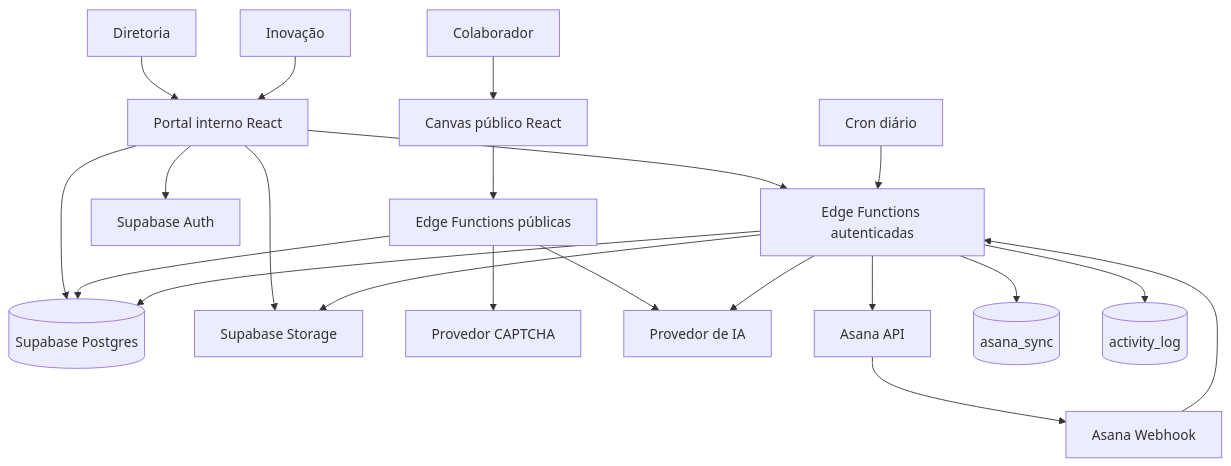
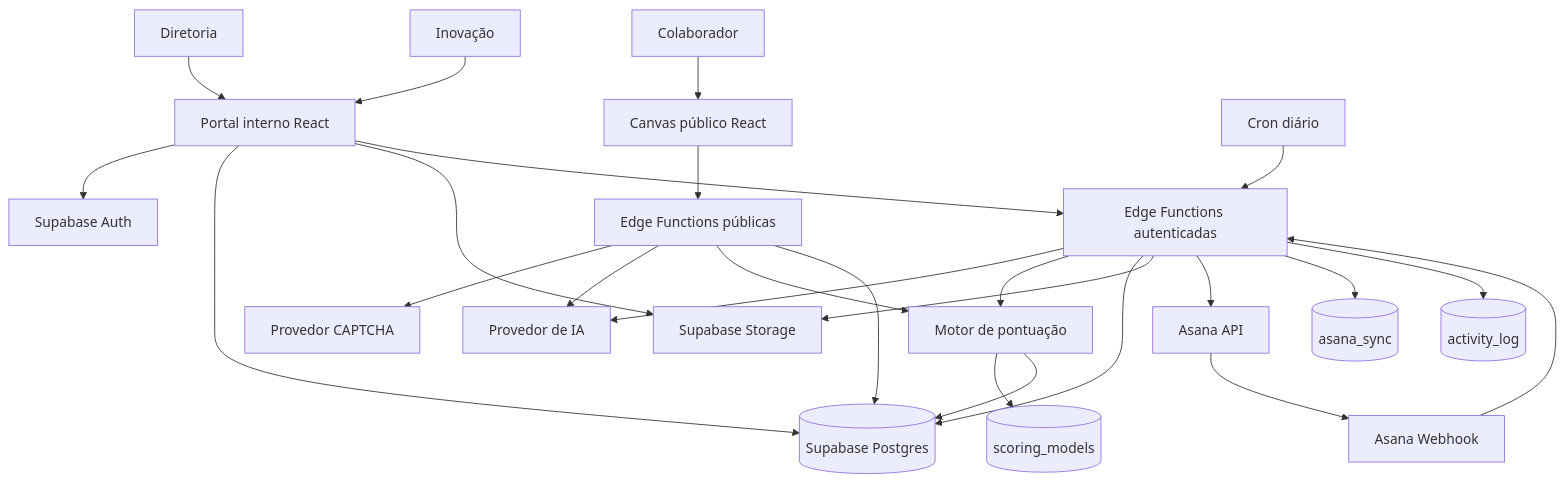
The first of 6 diagrams in design-tecnico-portal-inovacao.md (phablo-tavares/documentacao_portal_inovacao), drawn with Mermaid before and after one commit. The commit also changed other lines of this file and 1 other file, not shown here.

````diff
--- a/design-tecnico-portal-inovacao.md
+++ b/design-tecnico-portal-inovacao.md
@@ -72,27 +73,31 @@
 ```mermaid
 flowchart TD
   Colaborador[Colaborador] --> Canvas[Canvas público React]
   Diretoria[Diretoria] --> Portal[Portal interno React]
   Inovacao[Inovação] --> Portal
 
   Canvas --> PublicEF[Edge Functions públicas]
   Portal --> Auth[Supabase Auth]
   Portal --> DB[(Supabase Postgres)]
   Portal --> Storage[Supabase Storage]
   Portal --> InternalEF[Edge Functions autenticadas]
 
   PublicEF --> Captcha[Provedor CAPTCHA]
   PublicEF --> AI[Provedor de IA]
+  PublicEF --> Scoring[Motor de pontuação]
   PublicEF --> DB
 
   InternalEF --> AI
+  InternalEF --> Scoring
   InternalEF --> DB
   InternalEF --> Storage
   InternalEF --> Asana[Asana API]
 
+  Scoring --> Model[(scoring_models)]
+  Scoring --> DB
   Asana --> Webhook[Asana Webhook]
   Webhook --> InternalEF
   Cron[Cron diário] --> InternalEF
   InternalEF --> Sync[(asana_sync)]
   InternalEF --> Log[(activity_log)]
 ```
````
